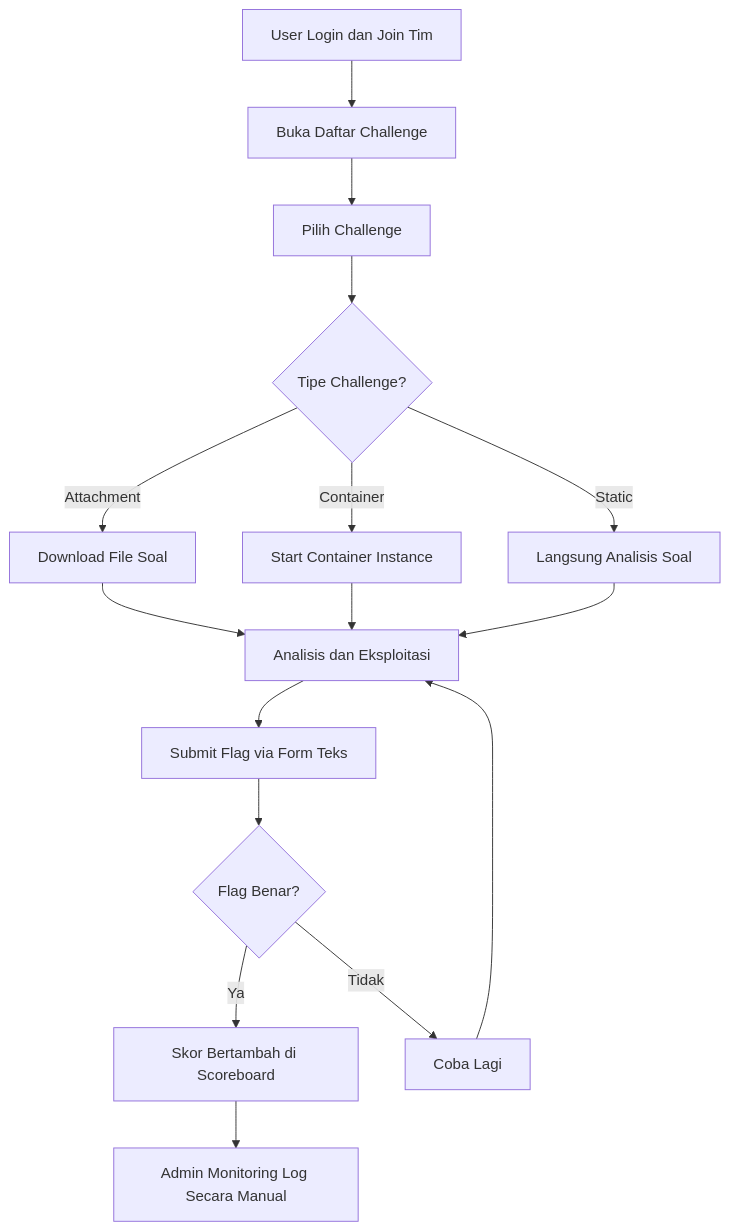
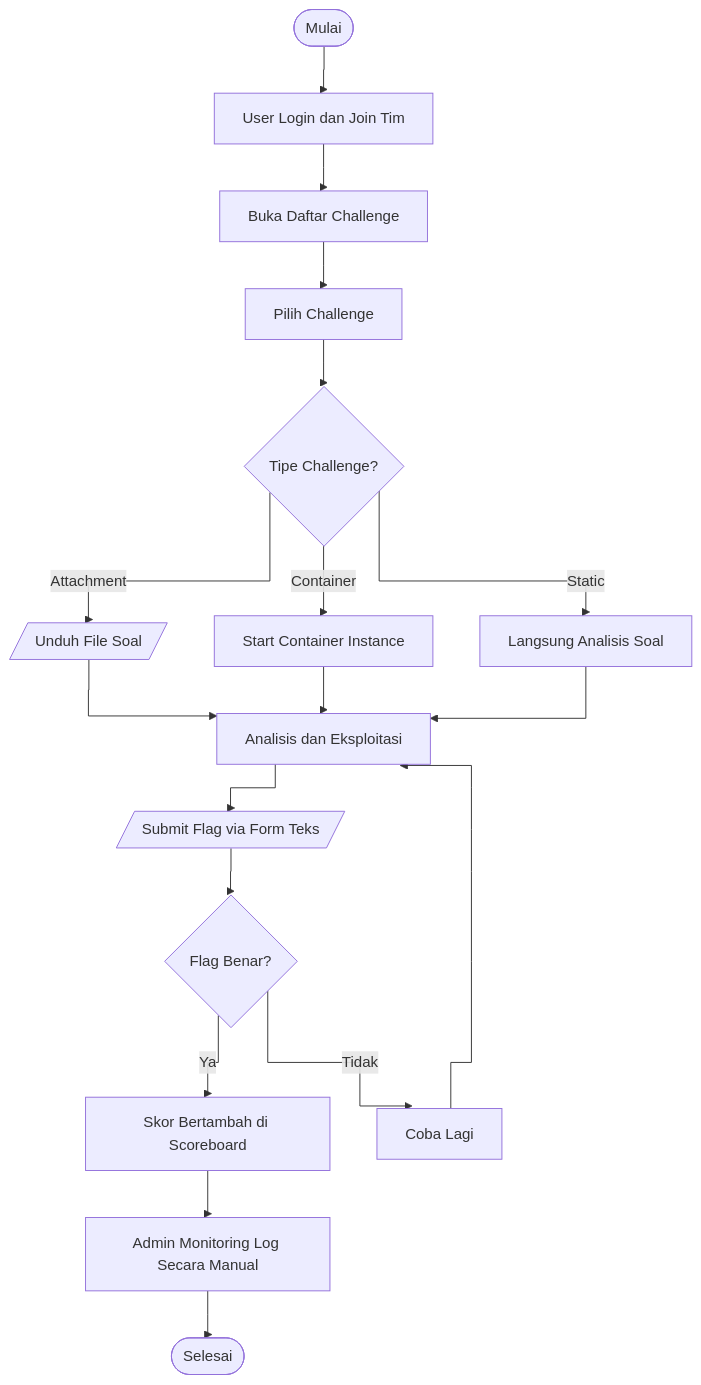
One commit to dimasma0305/proposal-skripsi changed the second of 10 diagrams in index.qmd. Above: the diagram before and after it, drawn with Mermaid. The commit also changed other lines of this file and 1 other file, not shown here.

Commit message:
docs: Add detailed explanations for mathematical formulas and refine Mermaid diagram styling and structure.

````diff
--- a/index.qmd
+++ b/index.qmd
@@ -267,20 +347,23 @@
 ```{mermaid}
 %%| fig-cap: "Flowchart Alur Existing User Saat Mengikuti Lomba CTF"
 %%| label: fig-existing-user-flow
+%%{init: {"flowchart": {"curve": "stepBefore"}}}%%
 flowchart TD
-    A[User Login dan Join Tim] --> B[Buka Daftar Challenge]
+    Start([Mulai]) --> A[User Login dan Join Tim]
+    A --> B[Buka Daftar Challenge]
     B --> C[Pilih Challenge]
     C --> D{Tipe Challenge?}
-    D -- Attachment --> E[Download File Soal]
+    D -- Attachment --> E[/Unduh File Soal/]
     D -- Container --> F[Start Container Instance]
     D -- Static --> G[Langsung Analisis Soal]
     E --> H[Analisis dan Eksploitasi]
     F --> H
     G --> H
-    H --> I[Submit Flag via Form Teks]
+    H --> I[/Submit Flag via Form Teks/]
     I --> J{Flag Benar?}
     J -- Ya --> K[Skor Bertambah di Scoreboard]
     J -- Tidak --> L[Coba Lagi]
     L --> H
     K --> M[Admin Monitoring Log Secara Manual]
+    M --> End([Selesai])
 ```
````
